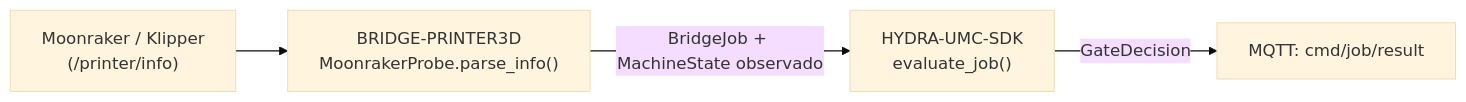
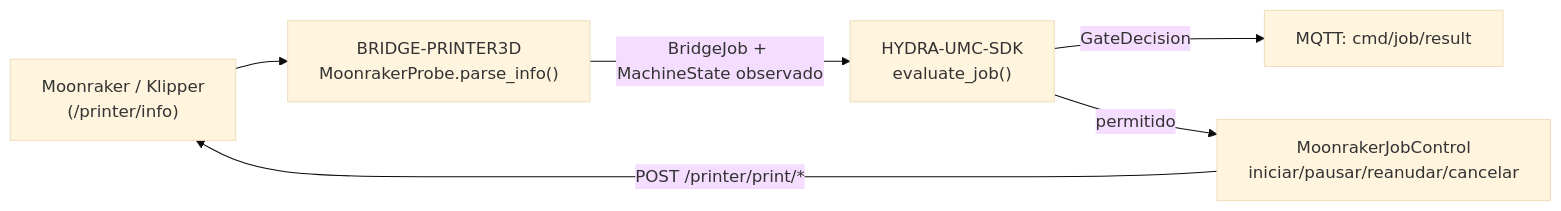
The diagram in README_spa.md (JuanenRac/HYDRA-UMC-BRIDGE-PRINTER3D), drawn with Mermaid (base theme) before and after one commit. The commit also changed other lines of this file and 7 other files, not shown here.

Commit message:
List the global stop and real broker tests, complete the flow diagram in every language

````diff
--- a/README_spa.md
+++ b/README_spa.md
@@ -81,6 +81,8 @@
 ```mermaid
 flowchart LR
     PRINTER["Moonraker / Klipper<br/>(/printer/info)"] --> BRIDGE["BRIDGE-PRINTER3D<br/>MoonrakerProbe.parse_info()"]
     BRIDGE -- "BridgeJob + MachineState observado" --> SDK["HYDRA-UMC-SDK<br/>evaluate_job()"]
     SDK -- GateDecision --> RESULT["MQTT: cmd/job/result"]
+    SDK -- "permitido" --> JOBCTRL["MoonrakerJobControl<br/>iniciar/pausar/reanudar/cancelar"]
+    JOBCTRL -- "POST /printer/print/*" --> PRINTER
 ```
````
